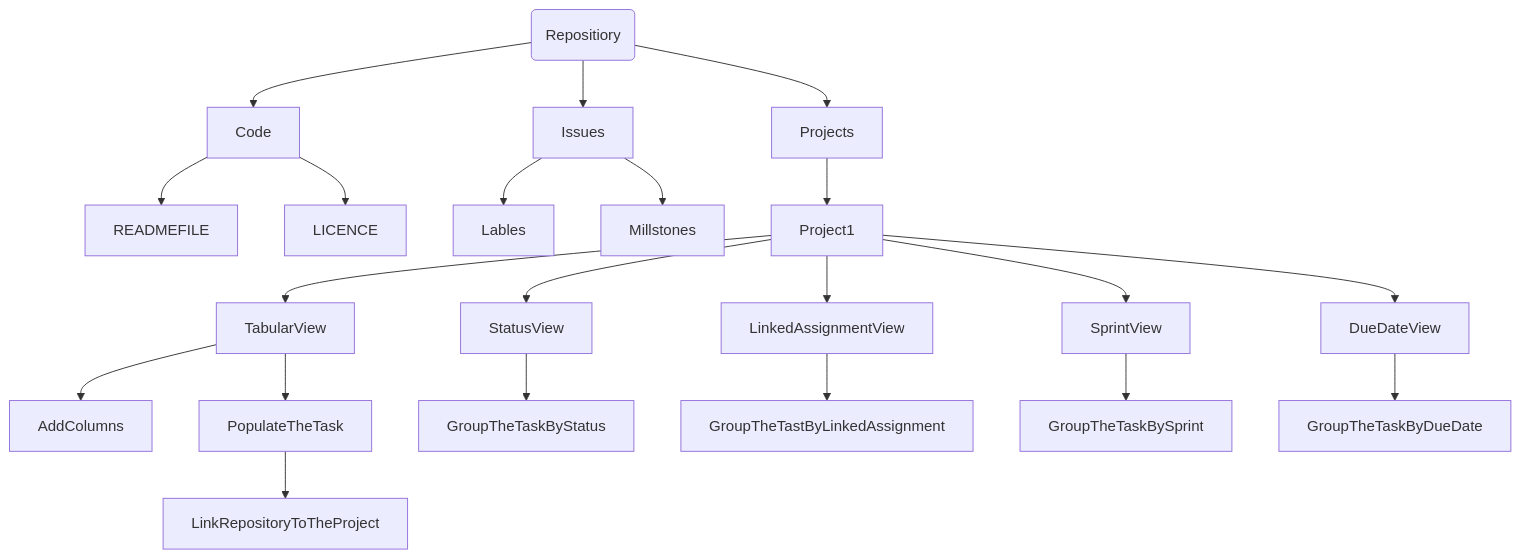
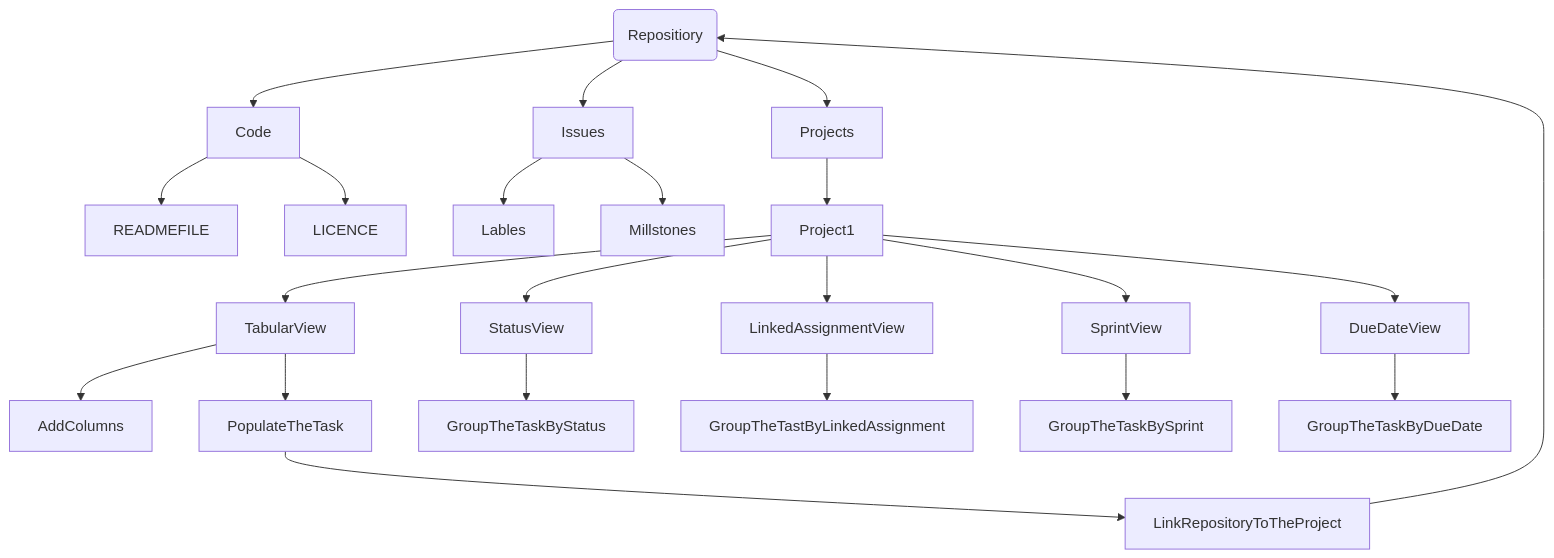
Before and after one commit to Cryslender/CMPG-323-Overview-36627399: the first of 2 diagrams in README.md, drawn with Mermaid.

````diff
--- a/README.md
+++ b/README.md
@@ -16,23 +16,24 @@
 ```mermaid
 graph TB;
     CMPG-323Overview(Repositiory)-->Code;
     CMPG-323Overview(Repositiory)-->Issues;
     CMPG-323Overview(Repositiory)-->Projects;
     Code-->READMEFILE;
     Code-->LICENCE;
     Issues-->Lables;
     Issues-->Millstones;
     Projects-->Project1;
     Project1-->TabularView;
     Project1-->StatusView;
     Project1-->LinkedAssignmentView;
     Project1-->SprintView;
     Project1-->DueDateView
     TabularView-->AddColumns;
     TabularView-->PopulateTheTask
     PopulateTheTask-->LinkRepositoryToTheProject;
+    LinkRepositoryToTheProject-->CMPG-323Overview(Repositiory);
     StatusView-->GroupTheTaskByStatus;
     LinkedAssignmentView-->GroupTheTastByLinkedAssignment;
     SprintView-->GroupTheTaskBySprint;
     DueDateView-->GroupTheTaskByDueDate;
 ```
````
